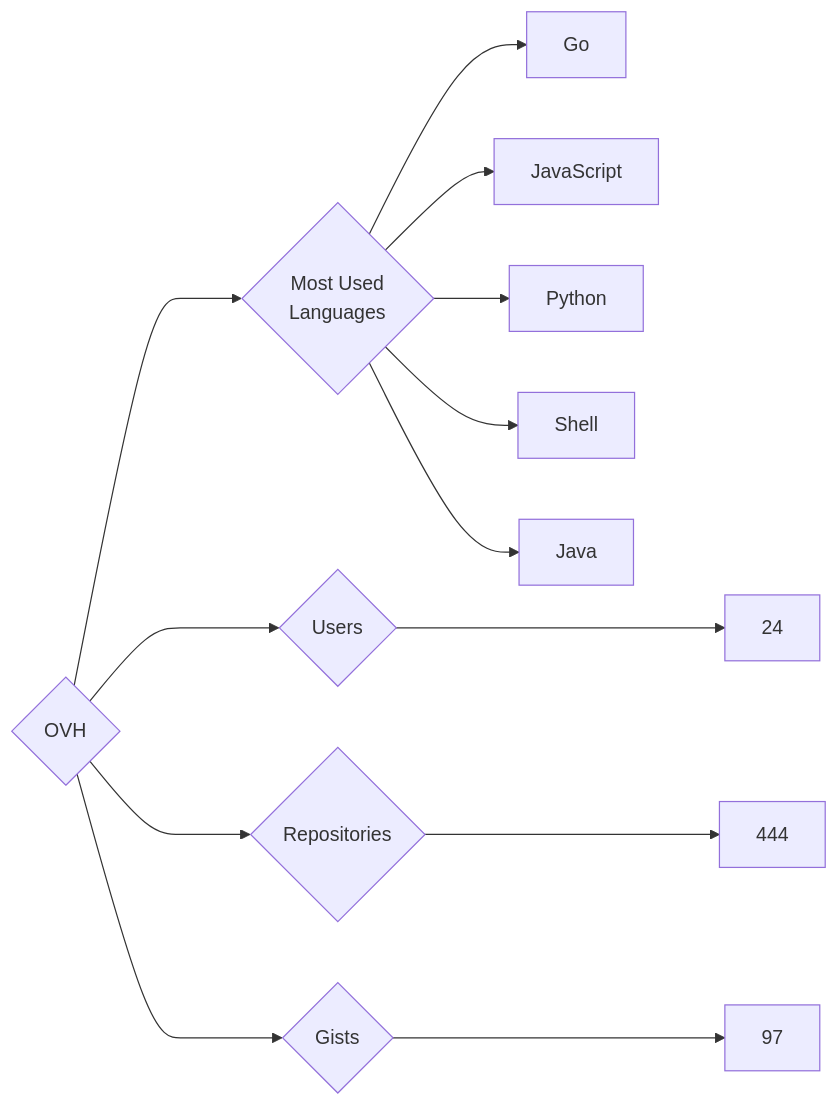
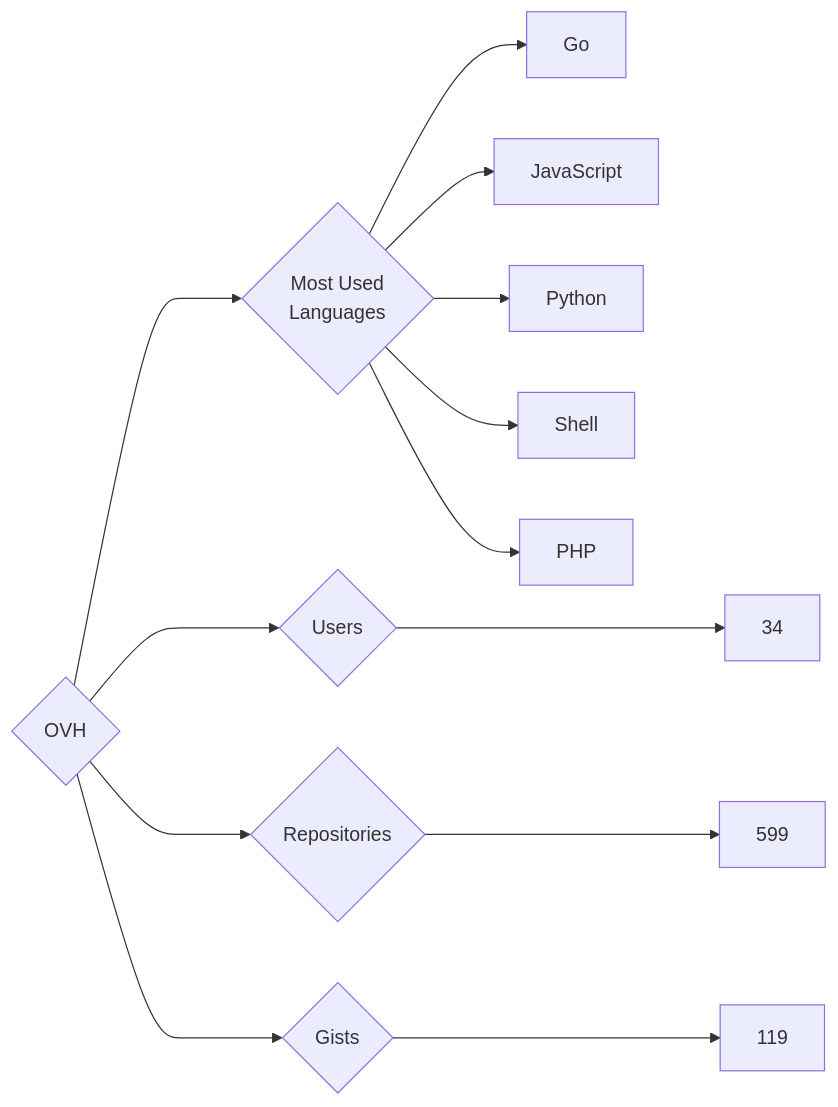
Before and after one commit to trickest/insiders: the diagram in targets/OVH/README.md, drawn with Mermaid. The commit also changed 814 other files, not shown here.

````diff
--- a/targets/OVH/README.md
+++ b/targets/OVH/README.md
@@ -3,13 +3,13 @@
 ```mermaid
 graph LR
 COMPANY_NAME{OVH}
-COMPANY_NAME ---> U{Users} ---> UN[24]
-COMPANY_NAME ---> R{Repositories} ---> RN[444]
-COMPANY_NAME ---> G{Gists} ---> GN[97]
+COMPANY_NAME ---> U{Users} ---> UN[34]
+COMPANY_NAME ---> R{Repositories} ---> RN[599]
+COMPANY_NAME ---> G{Gists} ---> GN[119]
 COMPANY_NAME ---> ML{Most Used<br>Languages}
 ML --> Go[Go]
 ML --> JavaScript[JavaScript]
 ML --> Python[Python]
 ML --> Shell[Shell]
-ML --> Java[Java]
+ML --> PHP[PHP]
 ```
````
